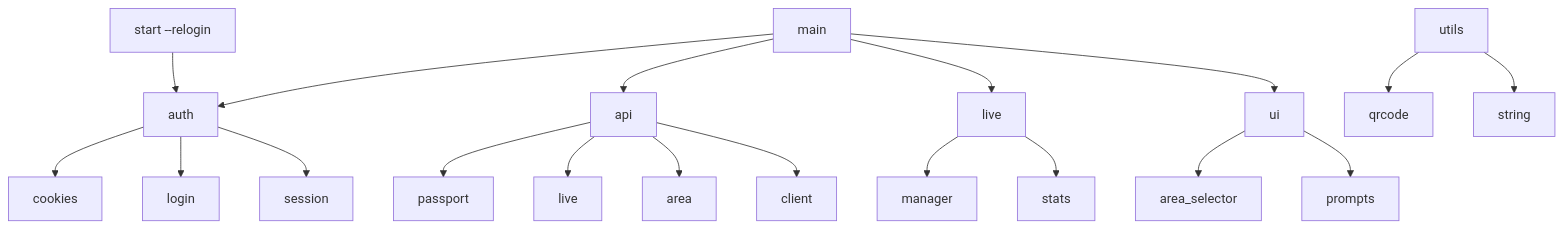
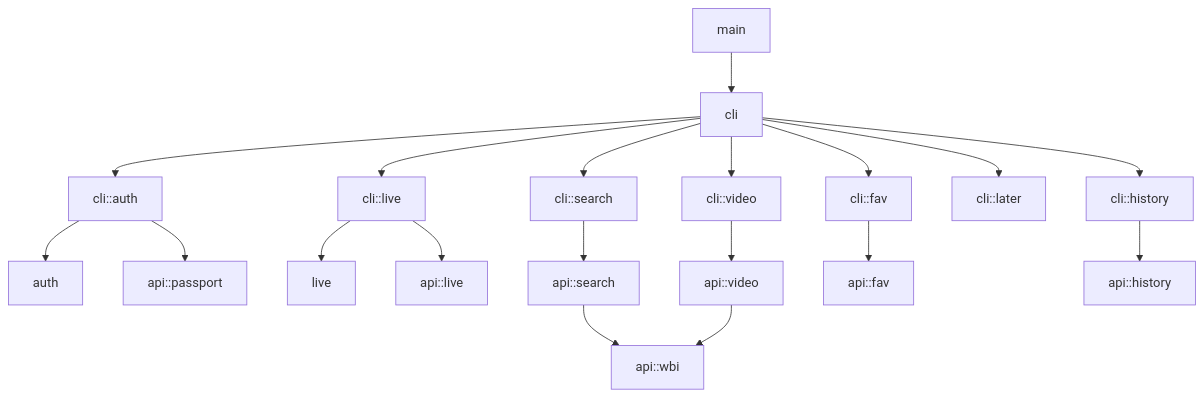
Before and after one commit to qwerprog/bili-tools: the diagram in README.md, drawn with Mermaid. The commit also changed other lines of this file and 32 other files, not shown here.

````diff
--- a/README.md
+++ b/README.md
@@ -176,27 +201,23 @@
 ```mermaid
 graph TD
-    main --> auth
-    main --> api
-    main --> live
-    main --> ui
+    main --> cli
+    cli --> auth_cli[cli::auth]
+    cli --> live_cli[cli::live]
+    cli --> search_cli[cli::search]
+    cli --> video_cli[cli::video]
+    cli --> fav_cli[cli::fav]
+    cli --> later_cli[cli::later]
+    cli --> history_cli[cli::history]
 
-    auth --> cookies
-    auth --> login
-    auth --> session
+    auth_cli --> auth
+    auth_cli --> passport[api::passport]
+    live_cli --> live
+    live_cli --> live_api[api::live]
+    search_cli --> search_api[api::search]
+    video_cli --> video_api[api::video]
+    fav_cli --> fav_api[api::fav]
+    history_cli --> history_api[api::history]
 
-    api --> passport
-    api --> live_api[live]
-    api --> area
-    api --> client
-
-    live --> manager
-    live --> stats
-
-    ui --> area_selector
-    ui --> prompts
-
-    utils --> qrcode_util[qrcode]
-    utils --> string
-
-    start_cmd["start --relogin"] --> auth
+    search_api --> wbi[api::wbi]
+    video_api --> wbi
 ```
````
